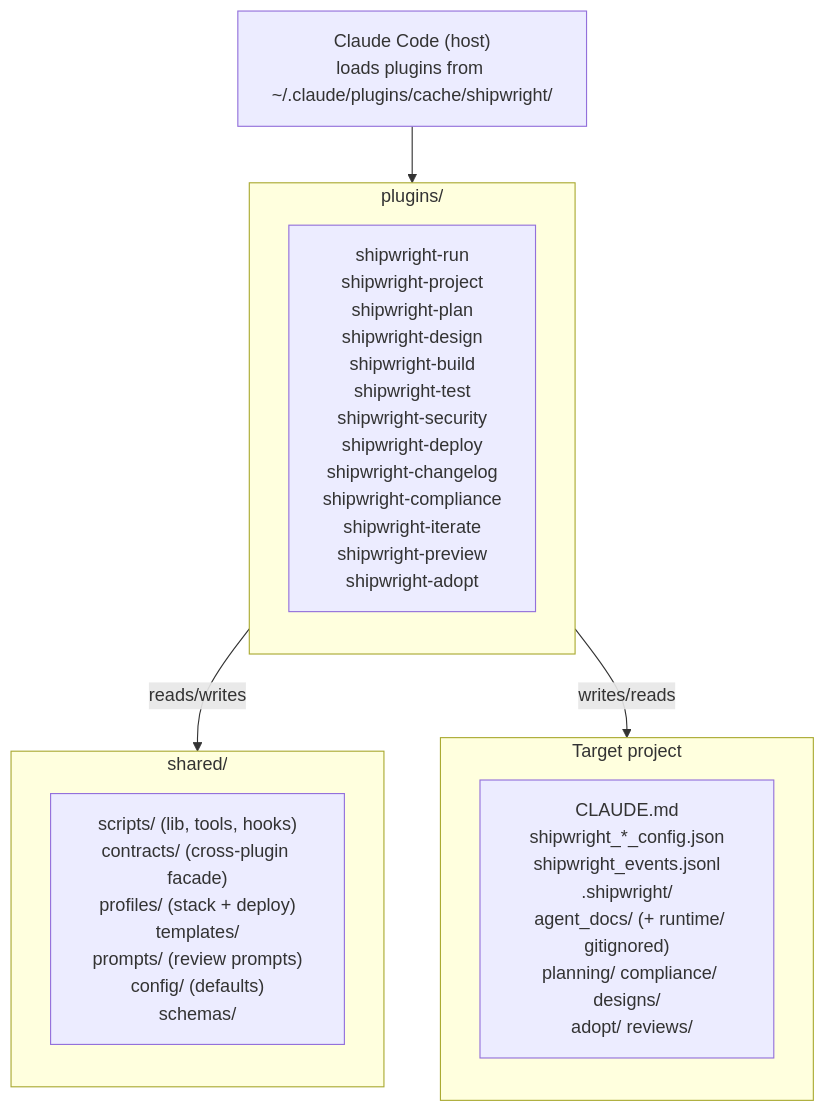
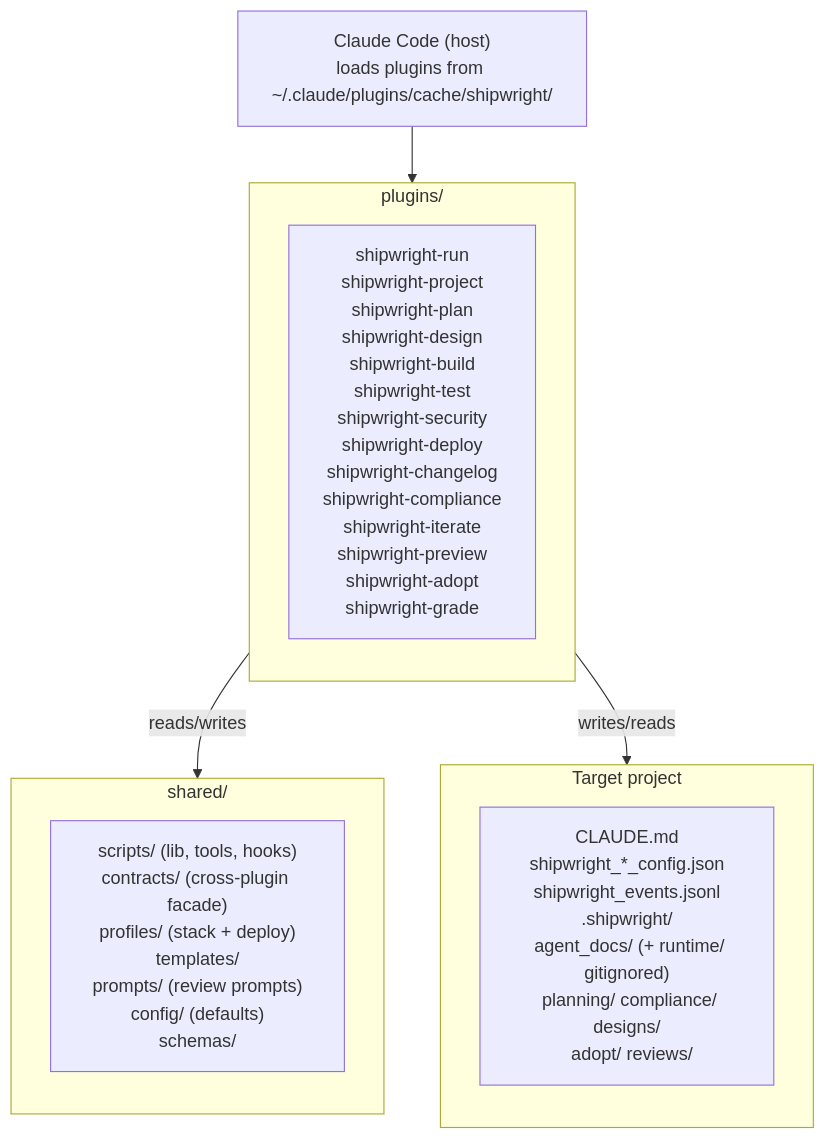
One commit to svenroth-ai/shipwright changed the diagram in .shipwright/agent_docs/architecture.md. Above: the diagram before and after it, drawn with Mermaid. The commit also changed other lines of this file and 54 other files, not shown here.

First line of the commit message:
feat(grade): cold-repo signal projector - shipwright-grade plugin (G1) (#311)

````diff
--- a/.shipwright/agent_docs/architecture.md
+++ b/.shipwright/agent_docs/architecture.md
@@ -6,23 +6,23 @@
 ```mermaid
 flowchart TB
   CC["Claude Code (host)<br/>loads plugins from ~/.claude/plugins/cache/shipwright/"]
 
   subgraph plugins["plugins/"]
     direction TB
-    P["shipwright-run<br/>shipwright-project<br/>shipwright-plan<br/>shipwright-design<br/>shipwright-build<br/>shipwright-test<br/>shipwright-security<br/>shipwright-deploy<br/>shipwright-changelog<br/>shipwright-compliance<br/>shipwright-iterate<br/>shipwright-preview<br/>shipwright-adopt"]
+    P["shipwright-run<br/>shipwright-project<br/>shipwright-plan<br/>shipwright-design<br/>shipwright-build<br/>shipwright-test<br/>shipwright-security<br/>shipwright-deploy<br/>shipwright-changelog<br/>shipwright-compliance<br/>shipwright-iterate<br/>shipwright-preview<br/>shipwright-adopt<br/>shipwright-grade"]
   end
 
   subgraph shared["shared/"]
     direction TB
     S["scripts/ (lib, tools, hooks)<br/>contracts/ (cross-plugin facade)<br/>profiles/ (stack + deploy)<br/>templates/<br/>prompts/ (review prompts)<br/>config/ (defaults)<br/>schemas/"]
   end
 
   subgraph target["Target project"]
     direction TB
     T["CLAUDE.md<br/>shipwright_*_config.json<br/>shipwright_events.jsonl<br/>.shipwright/<br/>&nbsp;&nbsp;agent_docs/ (+ runtime/ gitignored)<br/>&nbsp;&nbsp;planning/ compliance/ designs/<br/>&nbsp;&nbsp;adopt/ reviews/"]
   end
 
   CC --> plugins
   plugins -- "reads/writes" --> shared
   plugins -- "writes/reads" --> target
 ```
````
